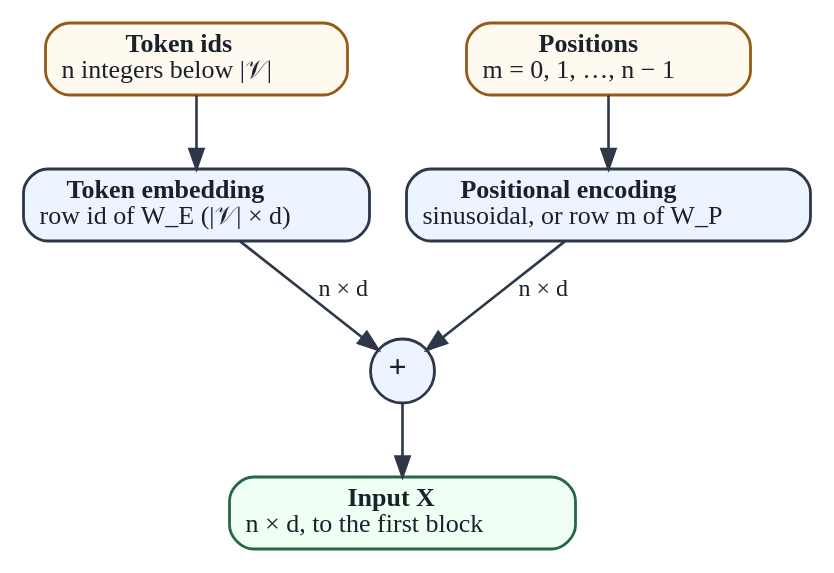
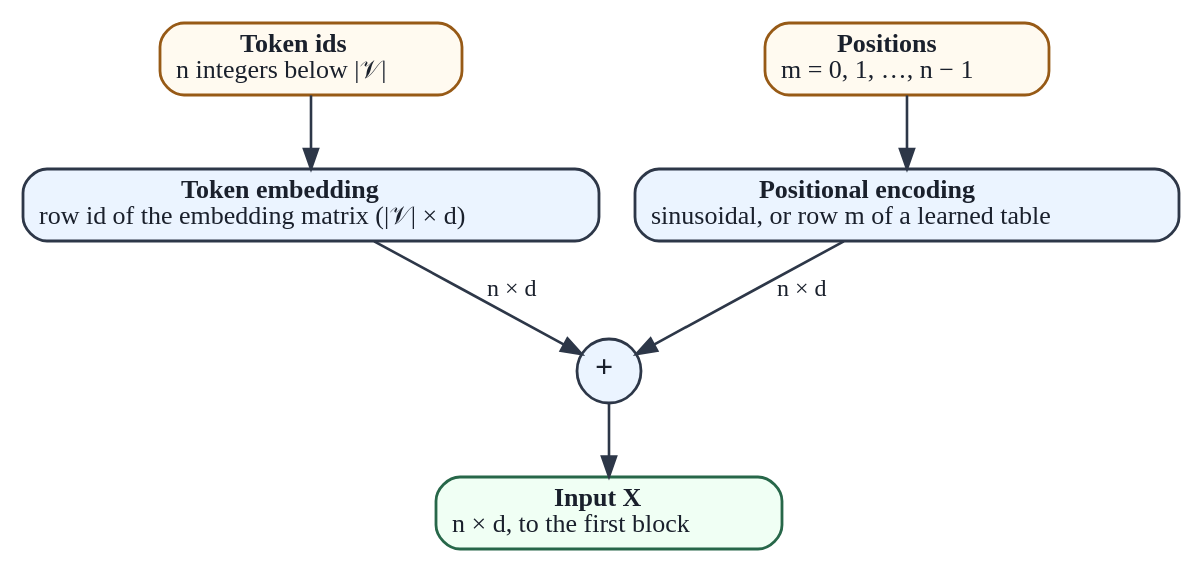
The diagram in chapters/01-foundations/figures/embedding_composition.dot (Beaker12/llmatlas), drawn with Graphviz before and after one commit. The commit also changed 23 other files, not shown here.

Commit message:
Chapter 1: larger text in the sinusoidal and position-cost plots, schematic labels without underscores

```diff
--- a/chapters/01-foundations/figures/embedding_composition.dot
+++ b/chapters/01-foundations/figures/embedding_composition.dot
@@ -1,17 +1,17 @@
 digraph EmbeddingComposition {
     graph [fontname="Arial" fontsize=13 bgcolor=white];
 
     ids [label=<<b>Token ids</b><br/>n integers below |𝒱|> shape=box style="rounded,filled" fillcolor="#fffaf0" color="#975a16" penwidth=1.4 fontsize=13 fontcolor="#1a202c"];
     pos [label=<<b>Positions</b><br/>m = 0, 1, …, n − 1> shape=box style="rounded,filled" fillcolor="#fffaf0" color="#975a16" penwidth=1.4 fontsize=13 fontcolor="#1a202c"];
-    tok [label=<<b>Token embedding</b><br/>row id of W_E (|𝒱| × d)> shape=box style="rounded,filled" fillcolor="#ebf4ff" color="#2d3748" penwidth=1.4 fontsize=13 fontcolor="#1a202c"];
-    pe [label=<<b>Positional encoding</b><br/>sinusoidal, or row m of W_P> shape=box style="rounded,filled" fillcolor="#ebf4ff" color="#2d3748" penwidth=1.4 fontsize=13 fontcolor="#1a202c"];
+    tok [label=<<b>Token embedding</b><br/>row id of the embedding matrix (|𝒱| × d)> shape=box style="rounded,filled" fillcolor="#ebf4ff" color="#2d3748" penwidth=1.4 fontsize=13 fontcolor="#1a202c"];
+    pe [label=<<b>Positional encoding</b><br/>sinusoidal, or row m of a learned table> shape=box style="rounded,filled" fillcolor="#ebf4ff" color="#2d3748" penwidth=1.4 fontsize=13 fontcolor="#1a202c"];
     add [label=<<b>+</b>> shape=circle style="filled" fillcolor="#ebf4ff" color="#2d3748" penwidth=1.4 fontsize=13 fontcolor="#1a202c" width=0.45 fixedsize=true fontsize=16];
     x [label=<<b>Input X</b><br/>n × d, to the first block> shape=box style="rounded,filled" fillcolor="#f0fff4" color="#276749" penwidth=1.4 fontsize=13 fontcolor="#1a202c"];
     { rank=same; ids; pos; }
     { rank=same; tok; pe; }
     ids -> tok [color="#2d3748" penwidth=1.3 fontsize=12 fontcolor="#1a202c"];
     pos -> pe [color="#2d3748" penwidth=1.3 fontsize=12 fontcolor="#1a202c"];
     tok -> add [color="#2d3748" penwidth=1.3 fontsize=12 fontcolor="#1a202c" label=<n × d>];
     pe -> add [color="#2d3748" penwidth=1.3 fontsize=12 fontcolor="#1a202c" label=<n × d>];
     add -> x [color="#2d3748" penwidth=1.3 fontsize=12 fontcolor="#1a202c"];
 }
```
